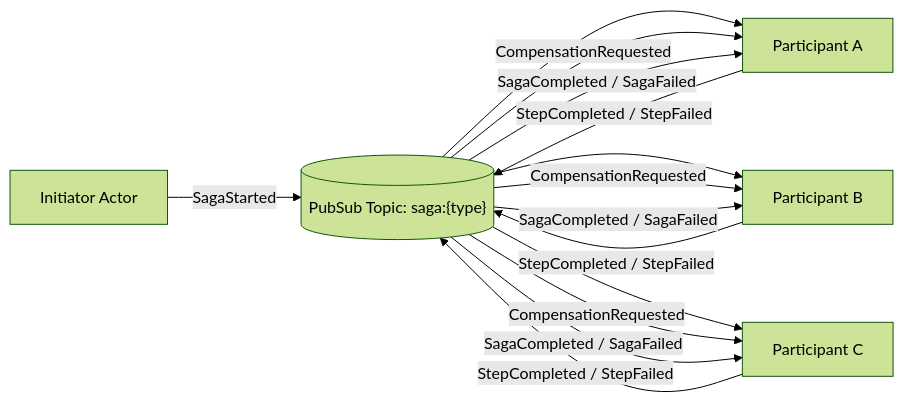
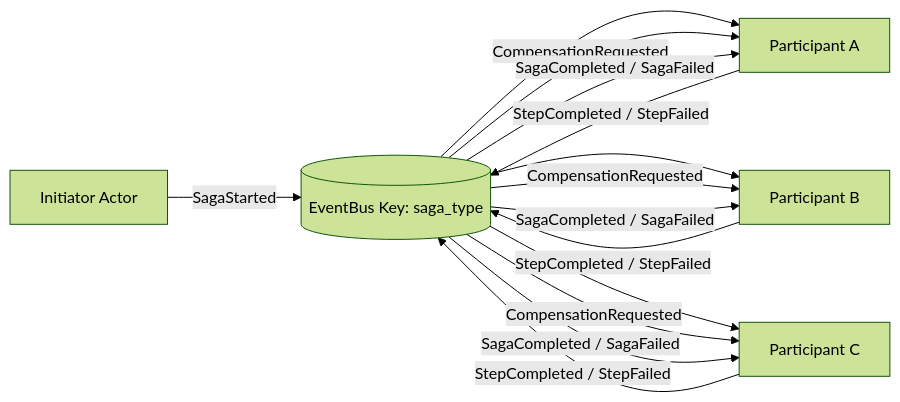
One commit to moofone/icanact-saga-choreography changed the first of 3 diagrams in docs/architecture.md. Above: the diagram before and after it, drawn with Mermaid (forest theme). The commit also changed other lines of this file and 2 other files, not shown here.

Commit message:
Rename saga bus docs to event bus

````diff
--- a/docs/architecture.md
+++ b/docs/architecture.md
@@ -19,19 +19,19 @@
 ```mermaid
 flowchart LR
-    Initiator["Initiator Actor"] -->|"SagaStarted"| Topic[("PubSub Topic: saga:{type}")]
+    Initiator["Initiator Actor"] -->|"SagaStarted"| Topic[("EventBus Key: saga_type")]
     Topic --> P1["Participant A"]
     Topic --> P2["Participant B"]
     Topic --> P3["Participant C"]
 
     P1 -->|"StepCompleted / StepFailed"| Topic
     P2 -->|"StepCompleted / StepFailed"| Topic
     P3 -->|"StepCompleted / StepFailed"| Topic
 
     Topic -->|"CompensationRequested"| P1
     Topic -->|"CompensationRequested"| P2
     Topic -->|"CompensationRequested"| P3
 
     Topic -->|"SagaCompleted / SagaFailed"| P1
     Topic -->|"SagaCompleted / SagaFailed"| P2
     Topic -->|"SagaCompleted / SagaFailed"| P3
 ```
````
